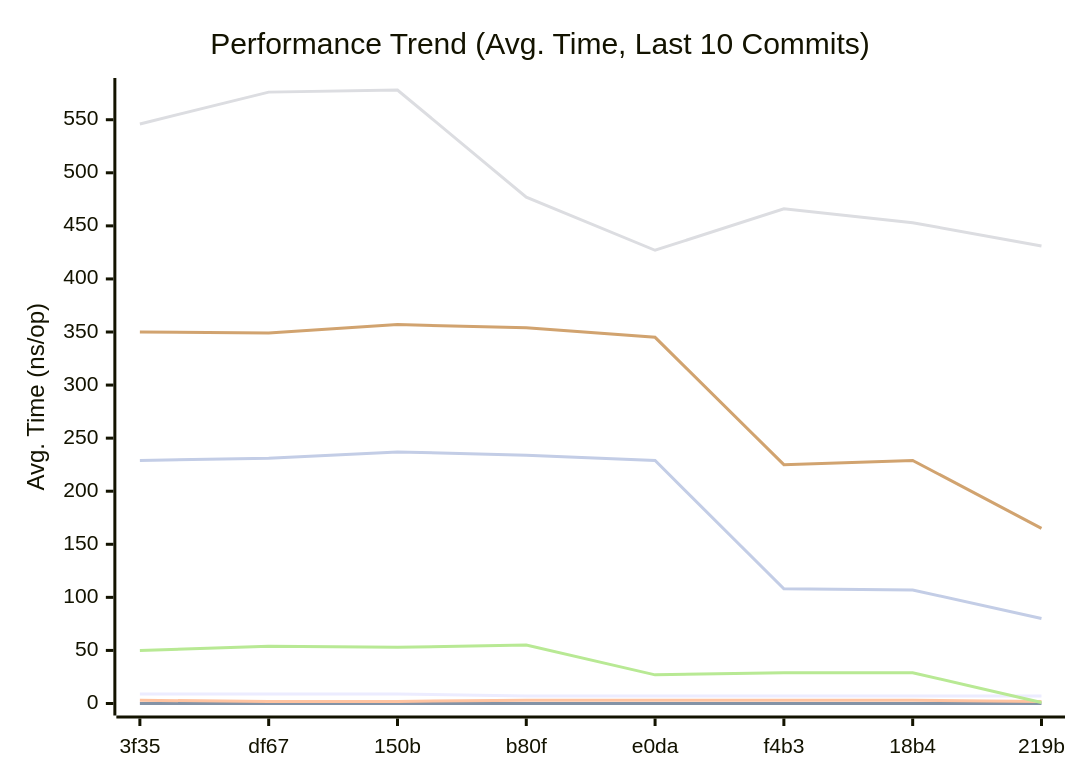
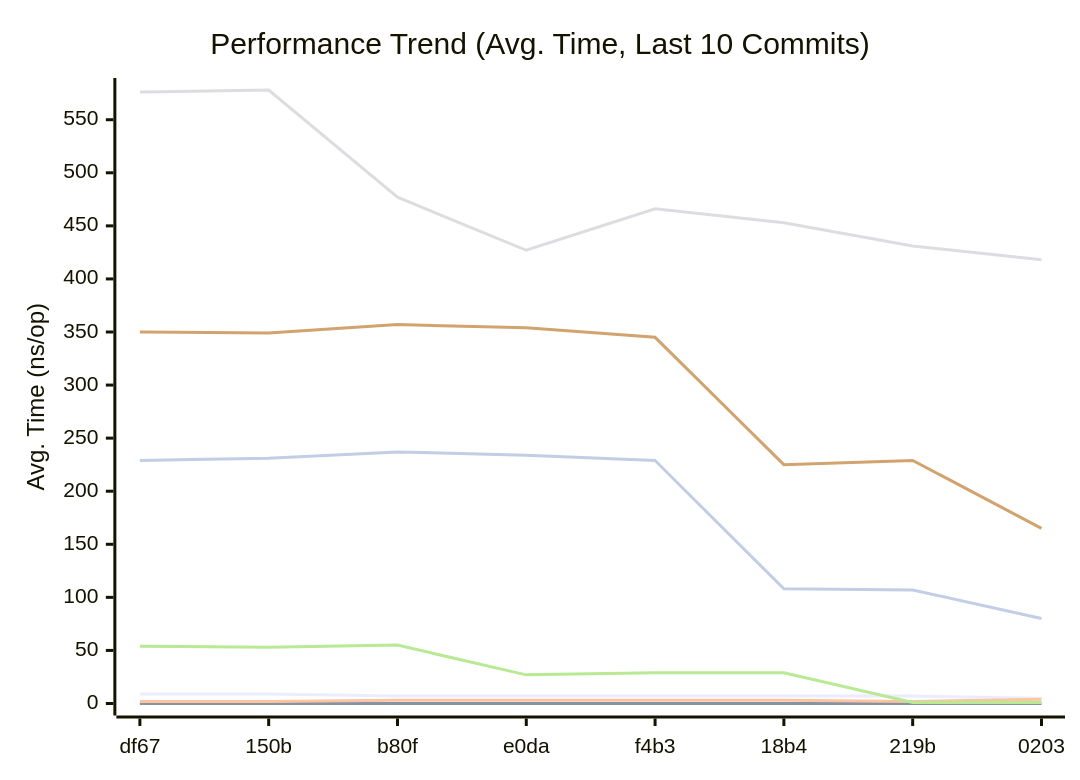
One commit to alsotoes/momo changed the first of 3 diagrams in docs/README.md. Above: the diagram before and after it, drawn with Mermaid. The commit also changed other lines of this file and 1 other file, not shown here.

````diff
--- a/docs/README.md
+++ b/docs/README.md
@@ -168,14 +162,14 @@
 ```mermaid
 xychart-beta
     title "Performance Trend (Avg. Time, Last 10 Commits)"
     x-axis "Commit"
     y-axis "Avg. Time (ns/op)"
-    x-axis [3f35,df67,150b,b80f,e0da,f4b3,18b4,219b]
-    line "CheckMetricsAndSwap" [9,9,9,7,7,7,7,7,5,7]
+    x-axis [df67,150b,b80f,e0da,f4b3,18b4,219b,0203]
+    line "CheckMetricsAndSwap" [9,9,7,7,7,7,7,5,7,7]
     line "IndexDirectTracking" [0,0,0,0,0,0,0,0,0,0]
-    line "IndexSearch" [3,2,2,3,3,3,3,2,4,4]
-    line "LoadGlobalConfig" [546,576,578,477,427,466,453,431,418,15]
-    line "PadString" [50,54,53,55,27,29,29,1,1,1]
+    line "IndexSearch" [2,2,3,3,3,3,2,4,4,4]
+    line "LoadGlobalConfig" [576,578,477,427,466,453,431,418,15,6]
+    line "PadString" [54,53,55,27,29,29,1,1,1,1]
     line "ParseReplicationOrder_NoPrealloc" [350,349,357,354,345,225,229,165,232,234]
     line "ParseReplicationOrder_Prealloc" [229,231,237,234,229,108,107,80,110,109]
 ```
````
